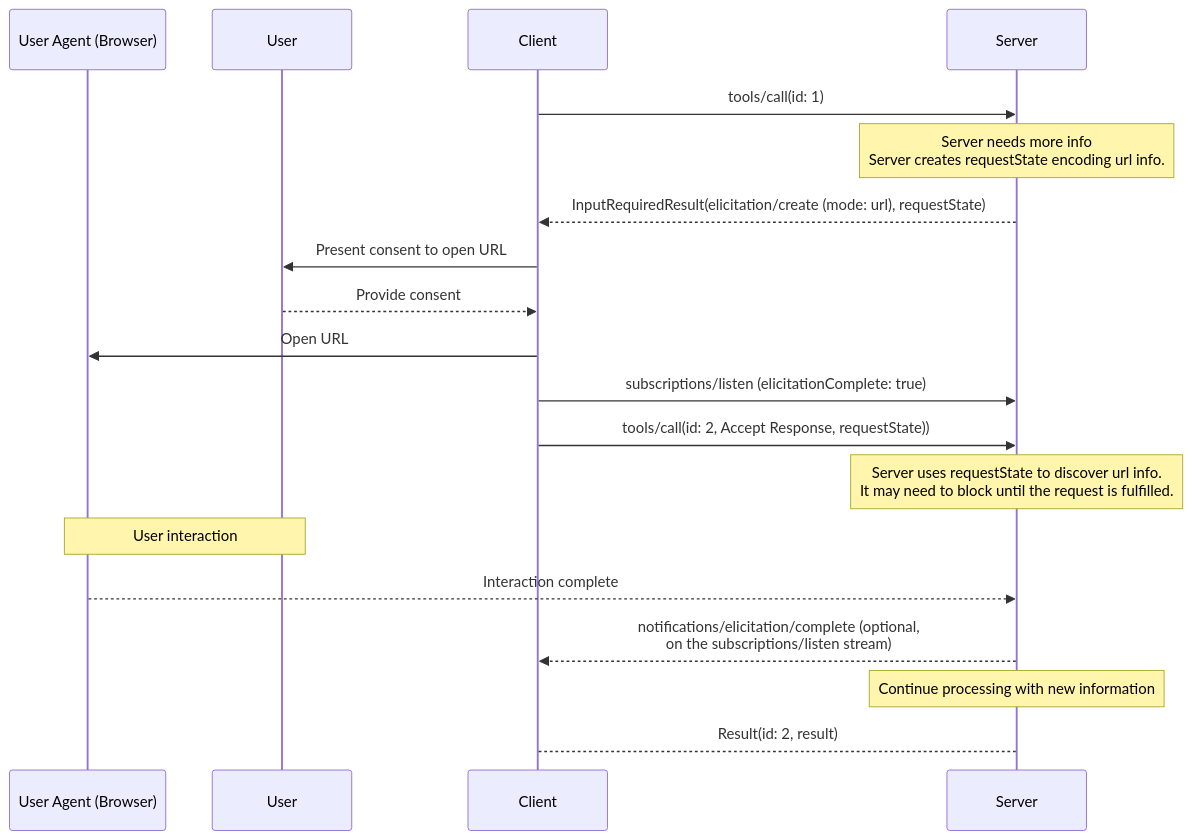
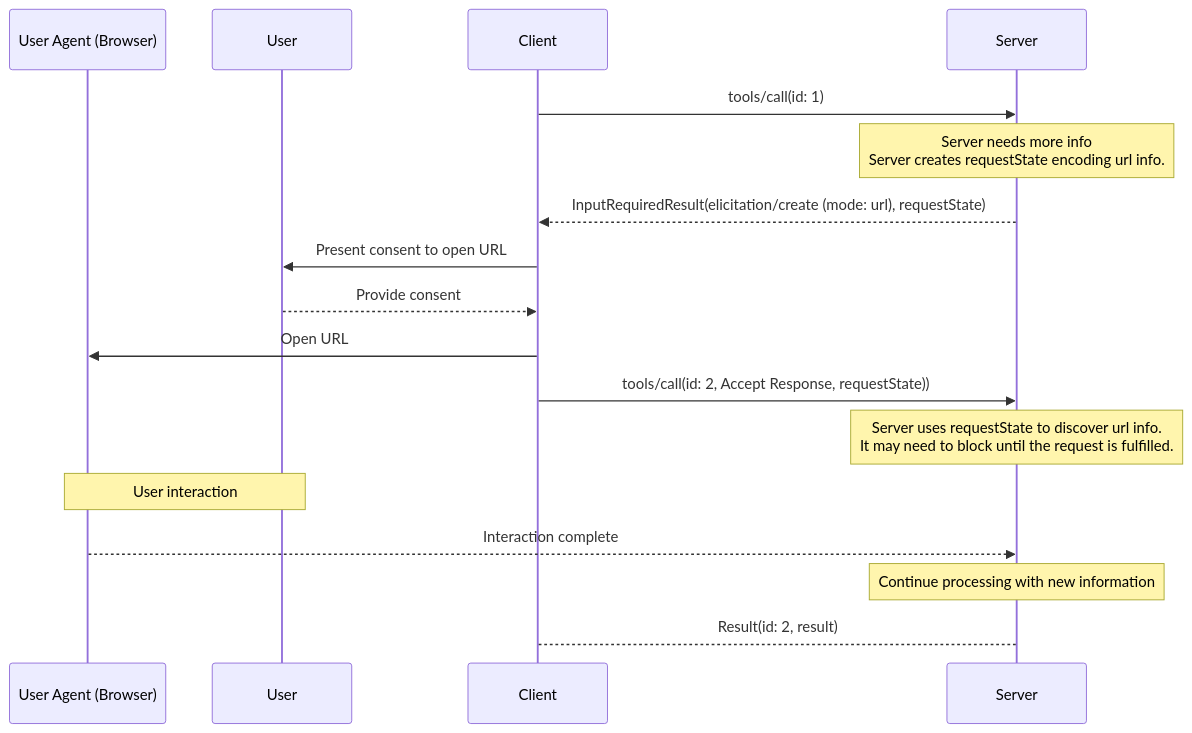
One commit to modelcontextprotocol/modelcontextprotocol changed the second of 3 diagrams in docs/specification/draft/client/elicitation.mdx. Above: the diagram before and after it, drawn with Mermaid. The commit also changed other lines of this file and 7 other files, not shown here.

First line of the commit message:
Remove notifications/elicitation/complete from draft spec

````diff
--- a/docs/specification/draft/client/elicitation.mdx
+++ b/docs/specification/draft/client/elicitation.mdx
@@ -450,26 +414,24 @@
 ```mermaid
 sequenceDiagram
     participant UserAgent as User Agent (Browser)
     participant User
     participant Client
     participant Server
 
     Client->>Server: tools/call(id: 1)
     Note over Server: Server needs more info <br/> Server creates requestState encoding url info.
     Server-->>Client: InputRequiredResult(elicitation/create (mode: url), requestState)
 
     Client->>User: Present consent to open URL
     User-->>Client: Provide consent
 
     Client->>UserAgent: Open URL
-    Client->>Server: subscriptions/listen (elicitationComplete: true)
     Client->>Server: tools/call(id: 2, Accept Response, requestState))
     Note over Server: Server uses requestState to discover url info. <br/> It may need to block until the request is fulfilled.
 
     Note over User,UserAgent: User interaction
     UserAgent-->>Server: Interaction complete
-    Server-->>Client: notifications/elicitation/complete (optional,<br/>on the subscriptions/listen stream)
 
     Note over Server: Continue processing with new information
     Server-->Client: Result(id: 2, result)
 ```
````
